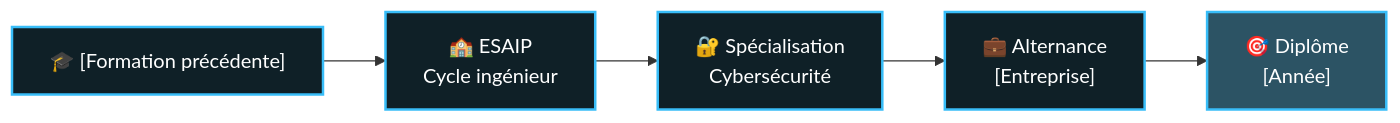
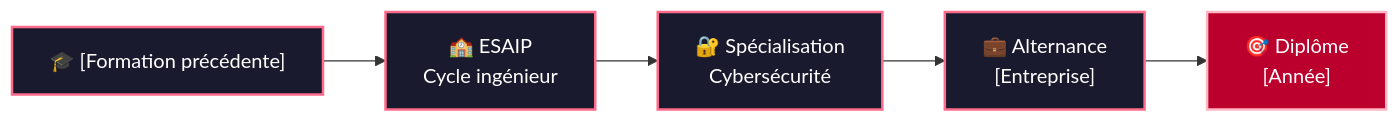
One commit to noshiubito/noshiubito changed the diagram in README.md. Above: the diagram before and after it, drawn with Mermaid. The commit also changed other lines of this file, not shown here.

````diff
--- a/README.md
+++ b/README.md
@@ -69,12 +74,12 @@
 ```mermaid
 flowchart LR
     A["🎓 [Formation précédente]"] --> B["🏫 ESAIP<br/>Cycle ingénieur"]
     B --> C["🔐 Spécialisation<br/>Cybersécurité"]
     C --> D["💼 Alternance<br/>[Entreprise]"]
     D --> E["🎯 Diplôme<br/>[Année]"]
 
-    classDef step fill:#0f2027,stroke:#38bdf8,stroke-width:2px,color:#ffffff;
-    classDef goal fill:#2c5364,stroke:#38bdf8,stroke-width:2px,color:#ffffff;
+    classDef step fill:#1a1a2e,stroke:#ff6b8b,stroke-width:2px,color:#ffffff;
+    classDef goal fill:#bc002d,stroke:#ffb7c5,stroke-width:2px,color:#ffffff;
     class A,B,C,D step;
     class E goal;
 ```
````
